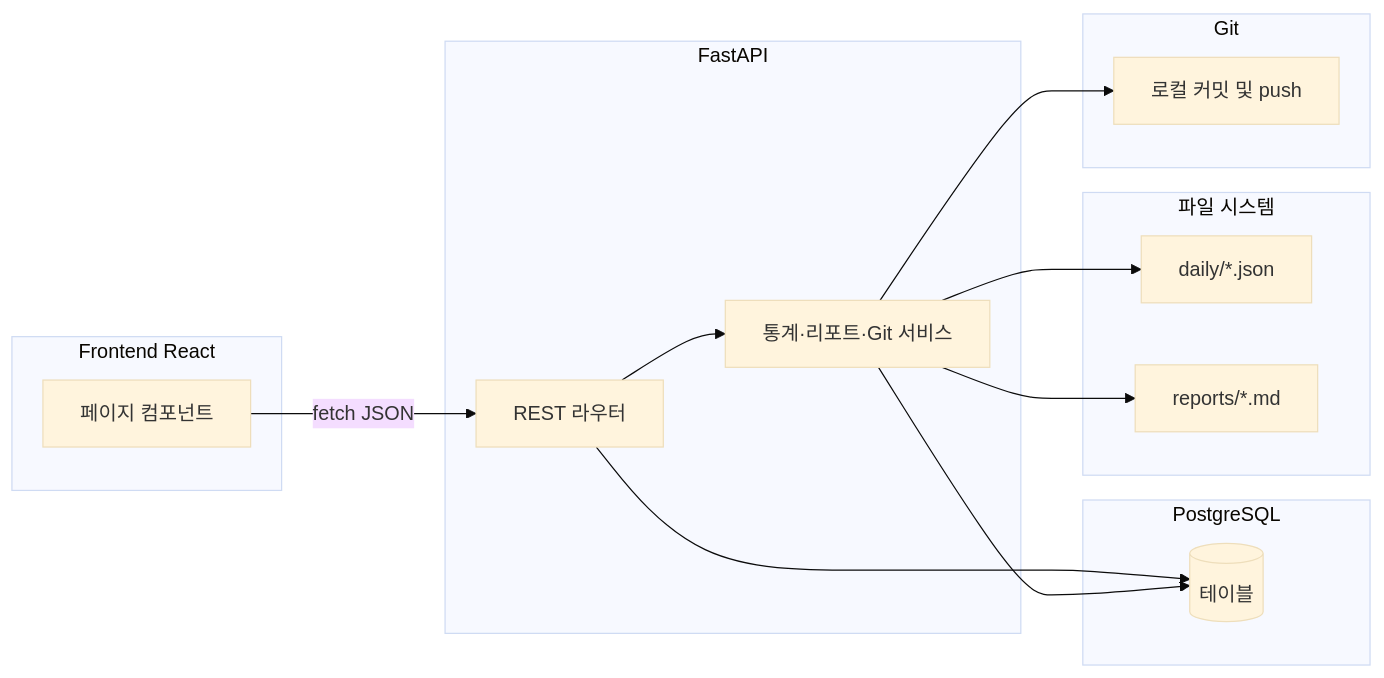
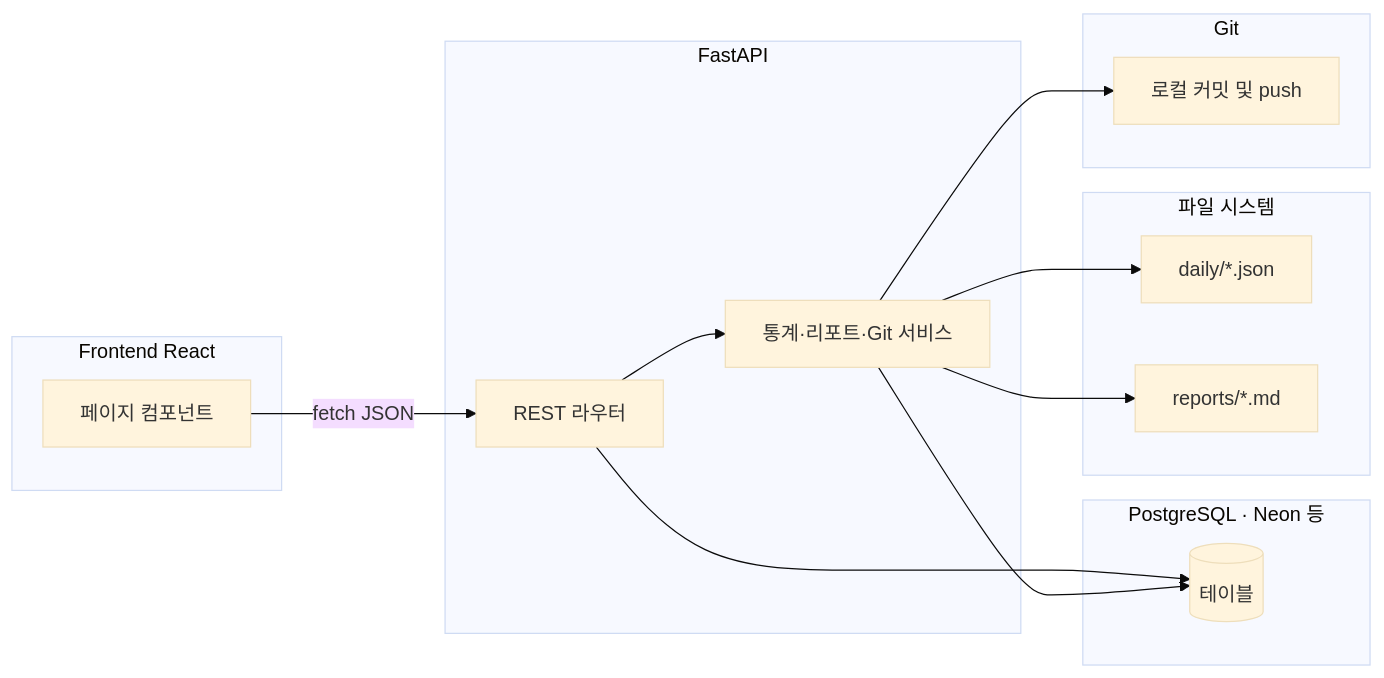
The diagram in docs/architecture.md (hongjooyoung960/TIL), drawn with Mermaid (base theme) before and after one commit. The commit also changed other lines of this file and 3 other files, not shown here.

Commit message:
Docs: Neon-hosted PostgreSQL setup and DATABASE_URL guidance

````diff
--- a/docs/architecture.md
+++ b/docs/architecture.md
@@ -7,28 +7,28 @@
 ```mermaid
 flowchart LR
   subgraph ui [Frontend React]
     P[페이지 컴포넌트]
   end
   subgraph api [FastAPI]
     R[REST 라우터]
     S[통계·리포트·Git 서비스]
   end
-  subgraph db [PostgreSQL]
+  subgraph db [PostgreSQL · Neon 등]
     T[(테이블)]
   end
   subgraph fs [파일 시스템]
     J[daily/*.json]
     M[reports/*.md]
   end
   subgraph vcs [Git]
     G[로컬 커밋 및 push]
   end
 
   P -->|fetch JSON| R
   R --> S
   R --> T
   S --> T
   S --> J
   S --> M
   S --> G
 ```
````
